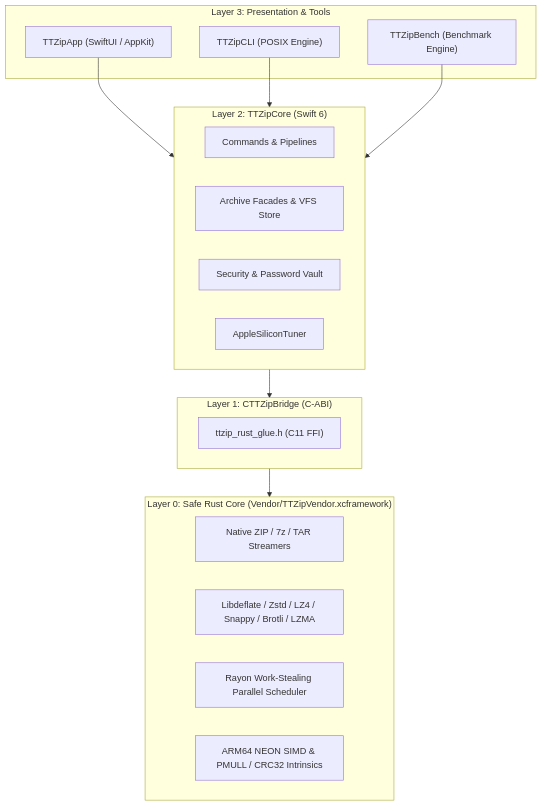
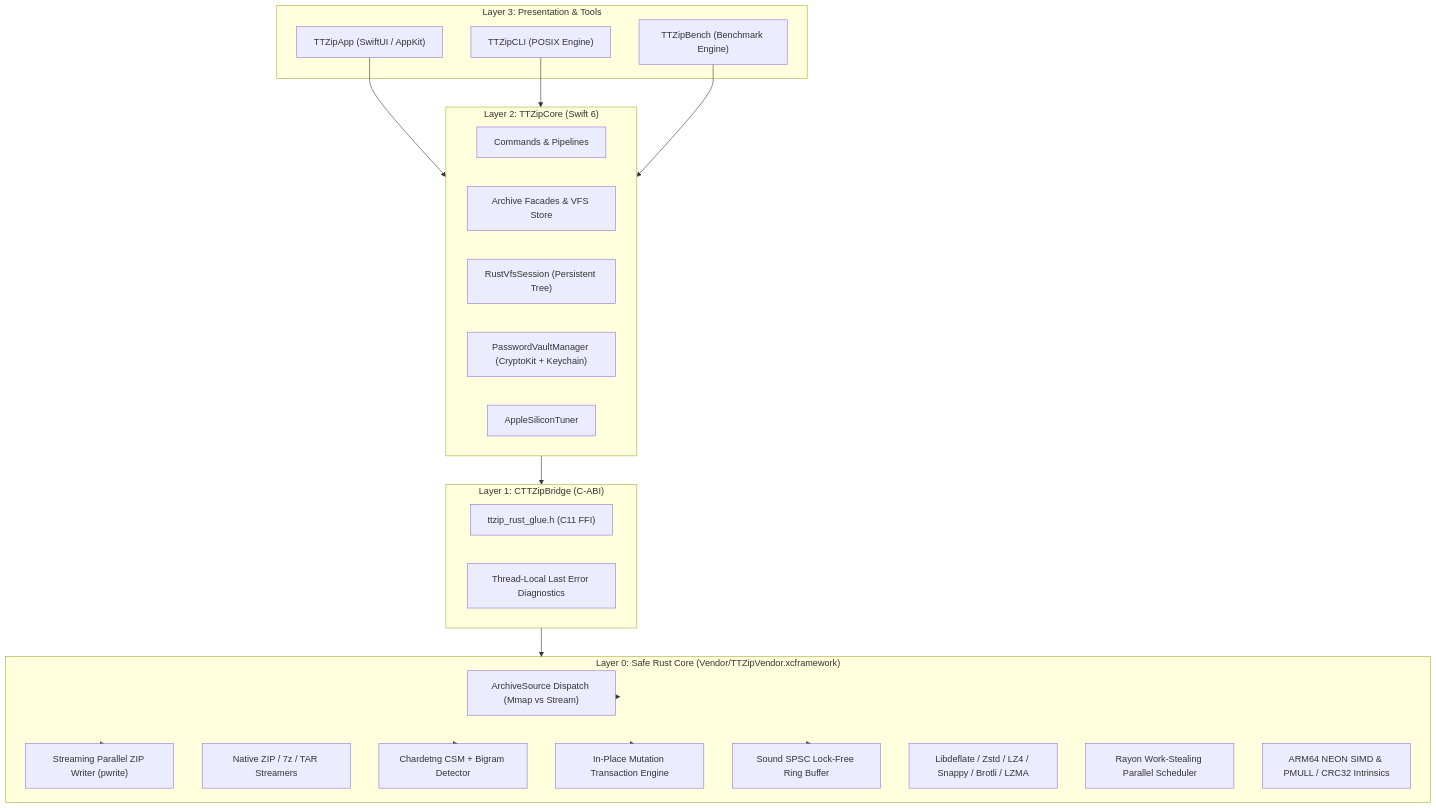
One commit to wittkung/ttzip-core changed the diagram in ARCHITECTURE.md. Above: the diagram before and after it, drawn with Mermaid. The commit also changed other lines of this file and 57 other files, not shown here.

First line of the commit message:
refactor(core): reconstruct Rust core and Swift-Rust glue layer architecture

````diff
--- a/ARCHITECTURE.md
+++ b/ARCHITECTURE.md
@@ -45,32 +49,44 @@
 ```mermaid
 graph TD
     subgraph UI ["Layer 3: Presentation & Tools"]
         APP["TTZipApp (SwiftUI / AppKit)"]
         CLI["TTZipCLI (POSIX Engine)"]
         BENCH["TTZipBench (Benchmark Engine)"]
     end
 
     subgraph CORE ["Layer 2: TTZipCore (Swift 6)"]
         CMD["Commands & Pipelines"]
         FACADE["Archive Facades & VFS Store"]
-        SEC["Security & Password Vault"]
+        VFS_SESS["RustVfsSession (Persistent Tree)"]
+        SEC["PasswordVaultManager (CryptoKit + Keychain)"]
         TUNER["AppleSiliconTuner"]
     end
 
     subgraph BRIDGE ["Layer 1: CTTZipBridge (C-ABI)"]
         FFI["ttzip_rust_glue.h (C11 FFI)"]
+        DIAG["Thread-Local Last Error Diagnostics"]
     end
 
     subgraph RUST ["Layer 0: Safe Rust Core (Vendor/TTZipVendor.xcframework)"]
+        SRC["ArchiveSource Dispatch (Mmap vs Stream)"]
+        STREAM_ZIP["Streaming Parallel ZIP Writer (pwrite)"]
         FORMATS["Native ZIP / 7z / TAR Streamers"]
+        CHARSET["Chardetng CSM + Bigram Detector"]
+        INPLACE["In-Place Mutation Transaction Engine"]
+        SPSC["Sound SPSC Lock-Free Ring Buffer"]
         CODECS["Libdeflate / Zstd / LZ4 / Snappy / Brotli / LZMA"]
         RAYON["Rayon Work-Stealing Parallel Scheduler"]
         HW["ARM64 NEON SIMD & PMULL / CRC32 Intrinsics"]
     end
 
     APP --> CORE
     CLI --> CORE
     BENCH --> CORE
     CORE --> BRIDGE
     BRIDGE --> RUST
+    RUST --> SRC
+    RUST --> STREAM_ZIP
+    RUST --> CHARSET
+    RUST --> INPLACE
+    RUST --> SPSC
 ```
````
